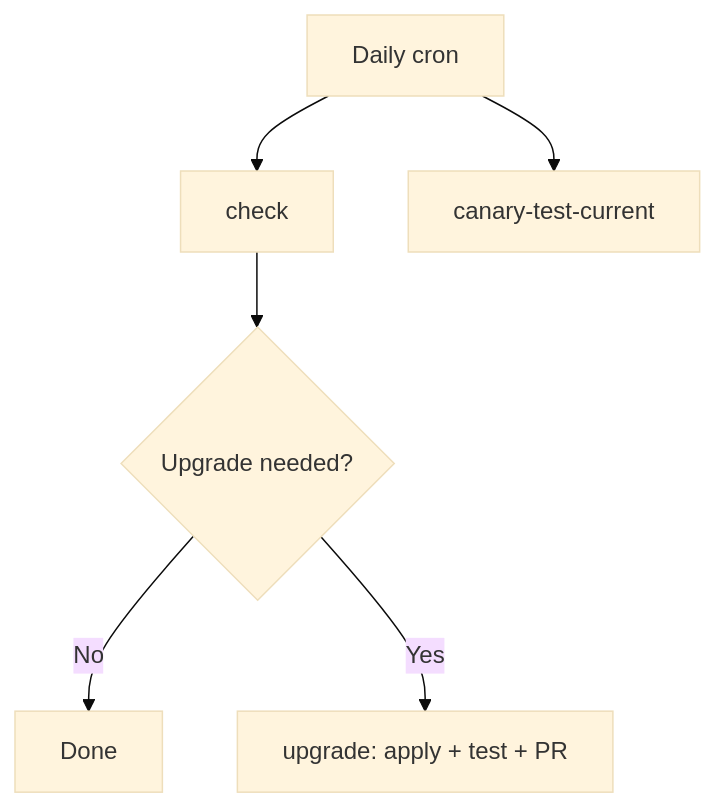
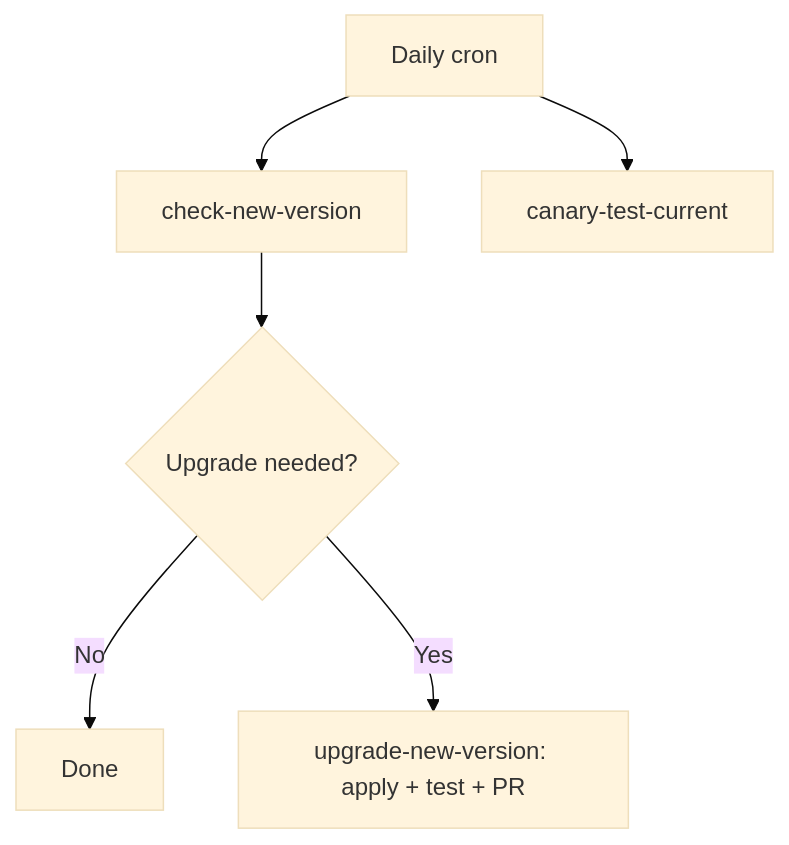
The diagram in README.md (dcpanda/sandbox-ai-canary), drawn with Mermaid (base theme) before and after one commit. The commit also changed other lines of this file and 1 other file, not shown here.

Commit message:
Rename jobs in autonomous-upgrade workflow for clarity and filter out pre-release versions when checking dependencies.

````diff
--- a/README.md
+++ b/README.md
@@ -152,8 +152,8 @@
 ```mermaid
 graph TB
-    A[Daily cron] --> B[check]
+    A[Daily cron] --> B[check-new-version]
     A --> C[canary-test-current]
     B --> D{Upgrade needed?}
     D -->|No| E[Done]
-    D -->|Yes| F[upgrade: apply + test + PR]
+    D -->|Yes| F[upgrade-new-version: apply + test + PR]
 ```
````
